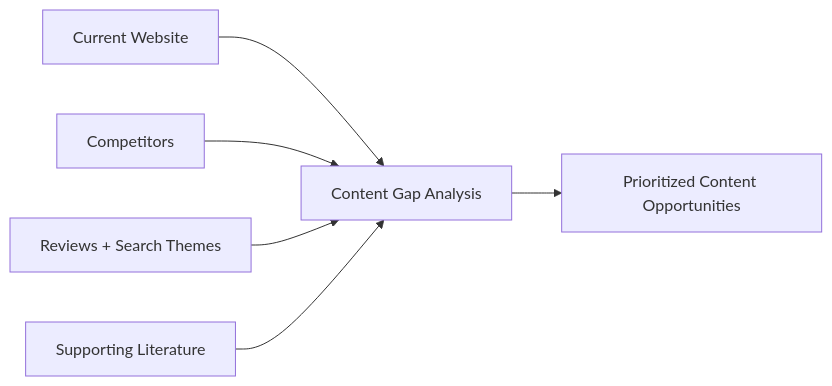
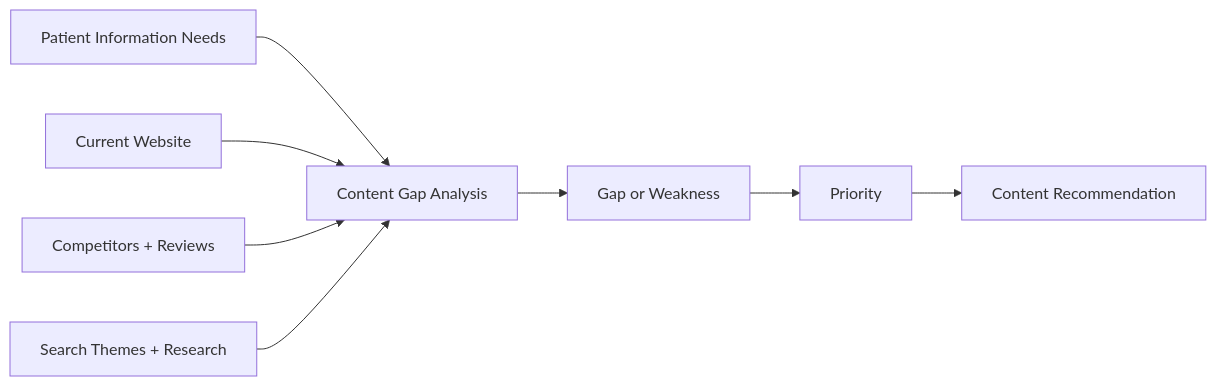
One commit to Sheilaaa0312/PhD-Orthodontics-AO3-Revealjs changed the diagram in PhD Orthodontics.qmd. Above: the diagram before and after it, drawn with Mermaid. The commit also changed other lines of this file and 3 other files, not shown here.

````diff
--- a/PhD Orthodontics.qmd
+++ b/PhD Orthodontics.qmd
@@ -287,8 +285,10 @@
 ```{mermaid}
 flowchart LR
-    A[Current Website] --> E[Content Gap Analysis]
-    B[Competitors] --> E
-    C[Reviews + Search Themes] --> E
-    D[Supporting Literature] --> E
-    E --> F[Prioritized Content Opportunities]
+    A[Patient Information Needs] --> E[Content Gap Analysis]
+    B[Current Website] --> E
+    C[Competitors + Reviews] --> E
+    D[Search Themes + Research] --> E
+    E --> F[Gap or Weakness]
+    F --> G[Priority]
+    G --> H[Content Recommendation]
 ```
````
